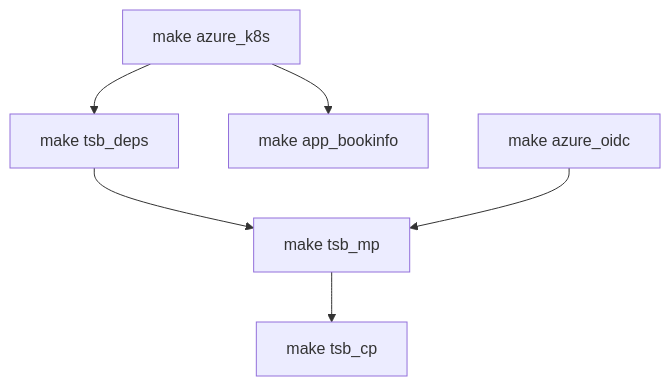
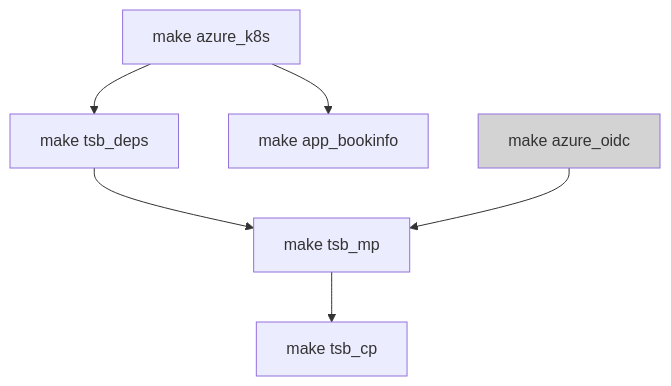
Before and after one commit to tetratelabs/tetrate-service-bridge-sandbox: the diagram in README.md, drawn with Mermaid.

````diff
--- a/README.md
+++ b/README.md
@@ -7,8 +7,9 @@
 ```mermaid
   graph TD;
       A[make azure_k8s] --> B[make tsb_deps]
       A[make azure_k8s] --> Z[make app_bookinfo]
       B[make tsb_deps] --> C[make tsb_mp]
       Y[make azure_oidc] --> C[make tsb_mp]
       C[make tsb_mp] --> D[make tsb_cp]
+      style Y fill:lightgrey
 ```
````
